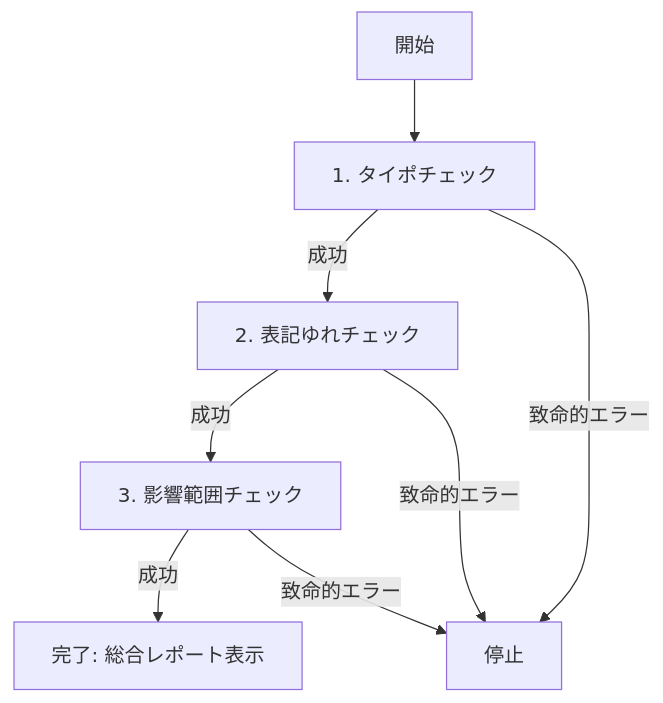
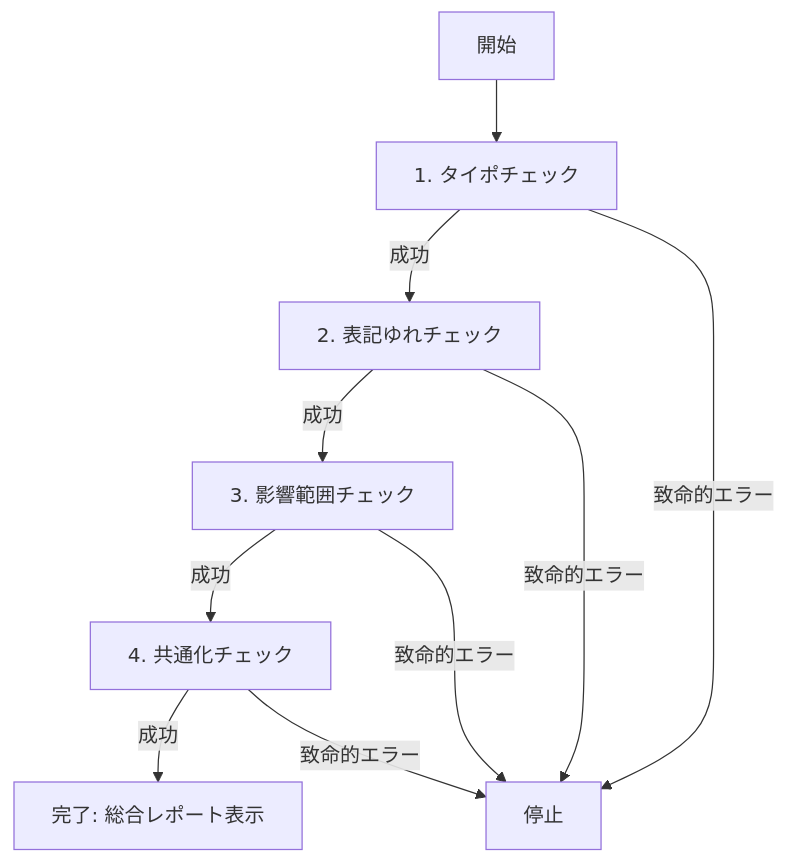
Before and after one commit to engsekine/claude-settings: the diagram in .claude/commands/review.md, drawn with Mermaid. The commit also changed other lines of this file and 1 other file, not shown here.

````diff
--- a/.claude/commands/review.md
+++ b/.claude/commands/review.md
@@ -54,10 +66,12 @@
 ```mermaid
 graph TD
     A[開始] --> B[1. タイポチェック]
     B -->|成功| C[2. 表記ゆれチェック]
     B -->|致命的エラー| Z[停止]
     C -->|成功| D[3. 影響範囲チェック]
     C -->|致命的エラー| Z
-    D -->|成功| E[完了: 総合レポート表示]
+    D -->|成功| E[4. 共通化チェック]
     D -->|致命的エラー| Z
+    E -->|成功| F[完了: 総合レポート表示]
+    E -->|致命的エラー| Z
 ```
````
